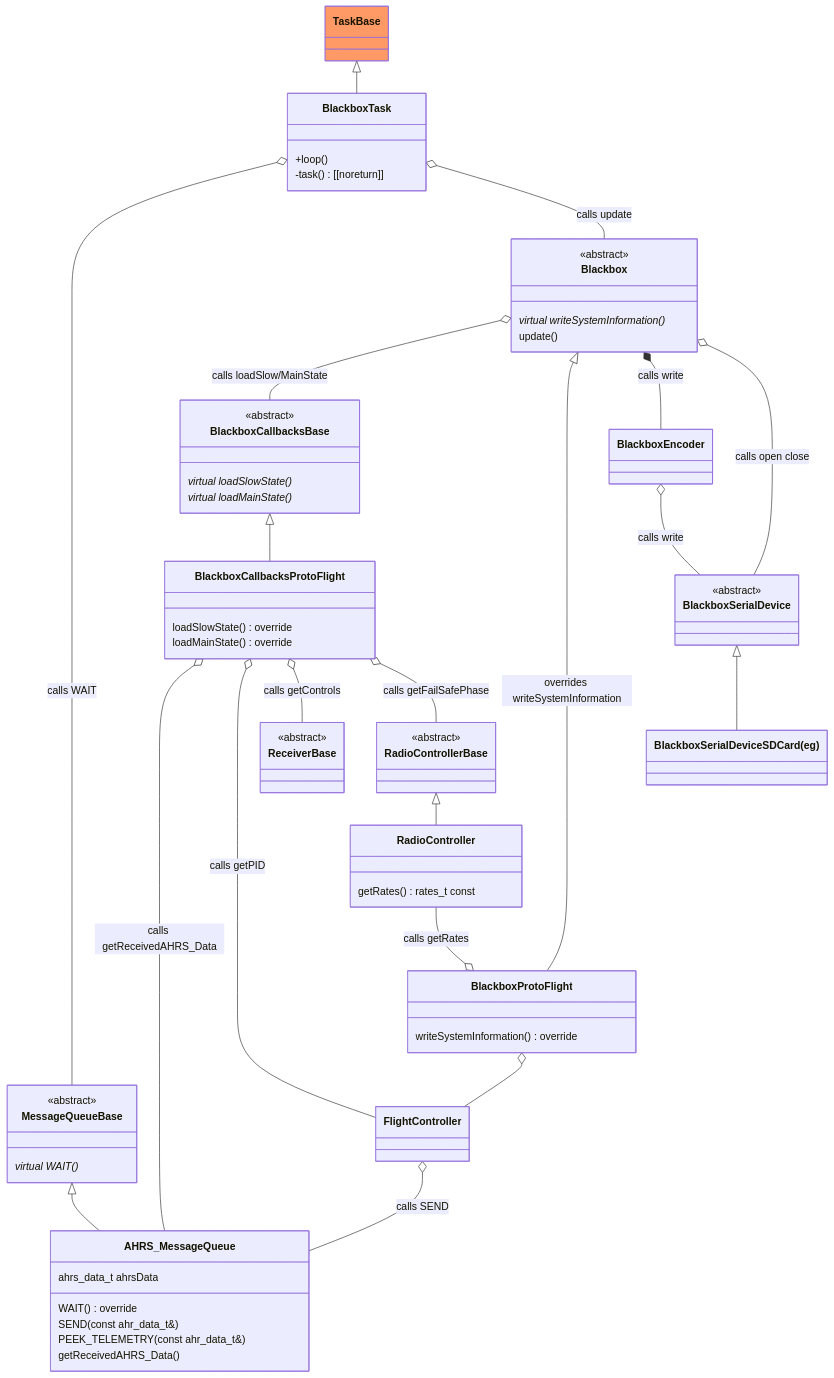
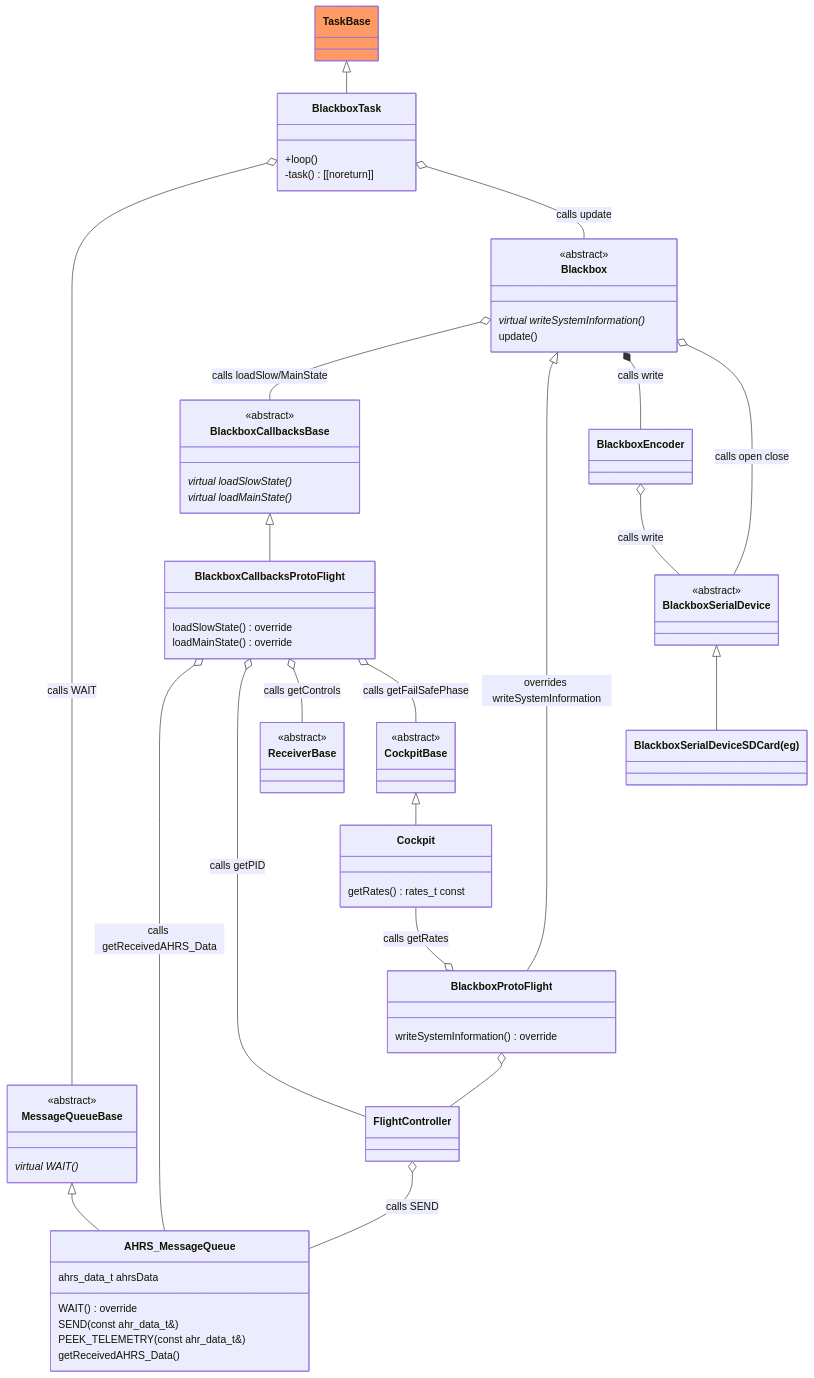
Before and after one commit to martinbudden/Protoflight: the third of 5 diagrams in README.md, drawn with Mermaid. The commit also changed other lines of this file and 26 other files, not shown here.

Commit message:
Renamed RadioController to Cockpit. Updated readme.

```diff
--- a/README.md
+++ b/README.md
@@ -674,15 +687,15 @@
         getReceivedAHRS_Data()
     }
     link AHRS_MessageQueue "https://github.com/martinbudden/protoflight/blob/main/lib/Blackbox/src/AHRS_MessageQueue.h"
-    class RadioControllerBase {
+    class CockpitBase {
         <<abstract>>
     }
-    link RadioControllerBase "https://github.com/martinbudden/Library-Receiver/blob/main/src/RadioControllerBase.h"
-    RadioControllerBase <|-- RadioController
-    class RadioController {
+    link CockpitBase "https://github.com/martinbudden/Library-Receiver/blob/main/src/CockpitBase.h"
+    CockpitBase <|-- Cockpit
+    class Cockpit {
         getRates() rates_t  const
     }
-    link RadioController "https://github.com/martinbudden/protoflight/blob/main/lib/Helm/src/RadioController.h"
+    link Cockpit "https://github.com/martinbudden/protoflight/blob/main/lib/Helm/src/Cockpit.h"
 
     %%Blackbox <|-- BlackboxProtoFlight
     class BlackboxProtoFlight {
@@ -723,7 +736,7 @@
     MessageQueueBase <|-- AHRS_MessageQueue
     BlackboxCallbacksProtoFlight o-- FlightController : calls getPID
     BlackboxCallbacksProtoFlight o-- ReceiverBase : calls getControls
-    BlackboxCallbacksProtoFlight o-- RadioControllerBase : calls getFailSafePhase
+    BlackboxCallbacksProtoFlight o-- CockpitBase : calls getFailSafePhase
     %%FlightController --o BlackboxCallbacksProtoFlight
     %%FlightController o-- Blackbox : calls start finish
     %%Blackbox --o FlightController : calls start finish
@@ -733,8 +746,8 @@
     %%FlightController --o BlackboxProtoFlight
     %%Blackbox --o FlightController
     BlackboxProtoFlight o-- FlightController
-    RadioController --o BlackboxProtoFlight : calls getRates
-    %%BlackboxProtoFlight o-- RadioController : calls getRates
+    Cockpit --o BlackboxProtoFlight : calls getRates
+    %%BlackboxProtoFlight o-- Cockpit : calls getRates
 
     class BlackboxSerialDevice {
         <<abstract>>
```
